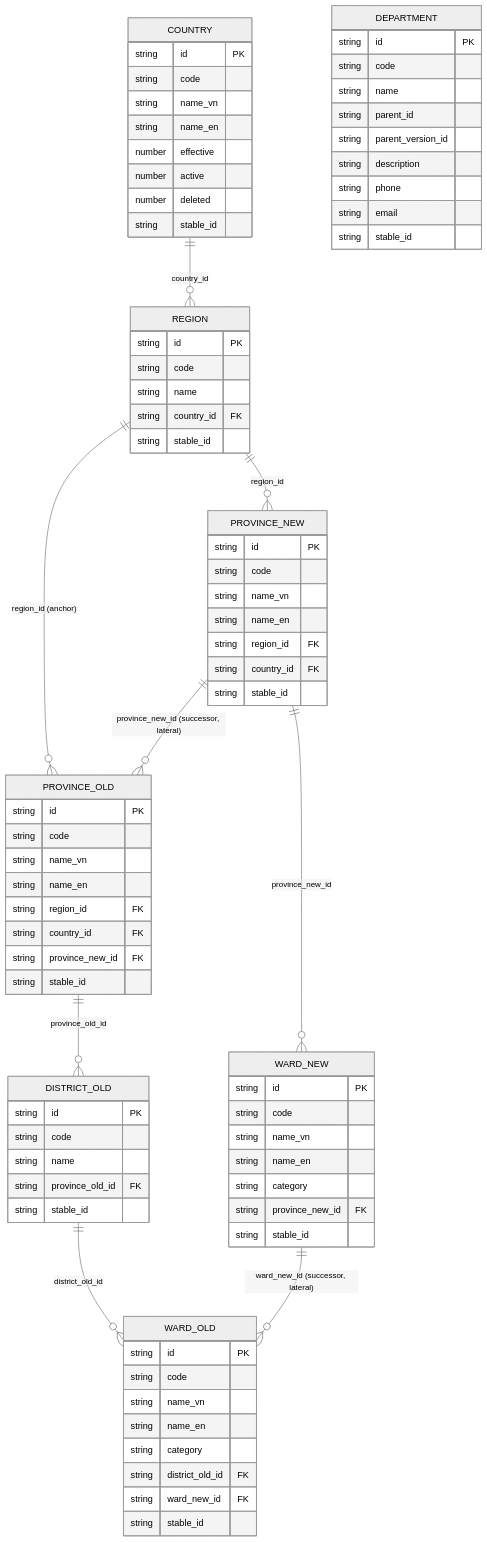
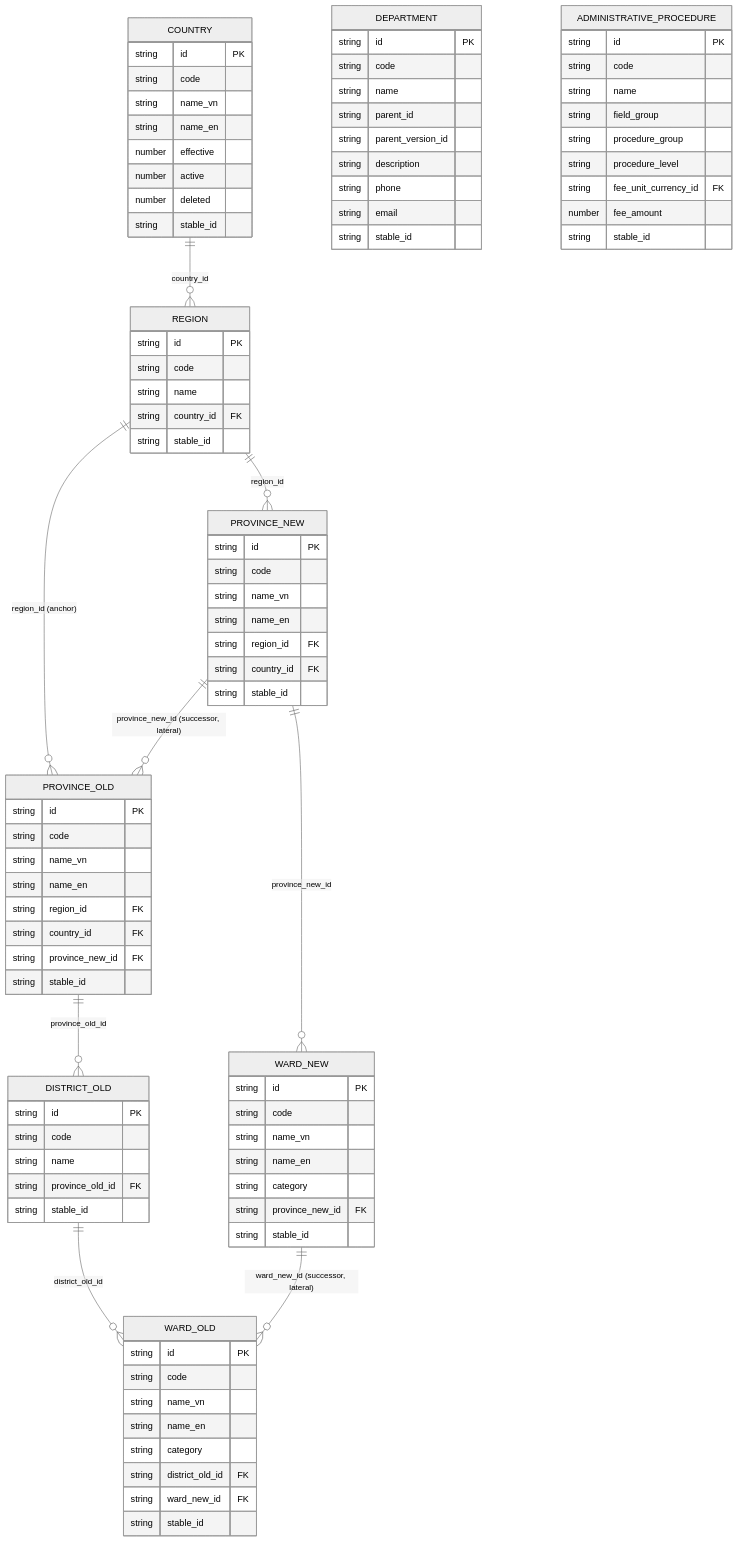
The first of 2 diagrams in DataModel/working/Atomic/hld/ECAT_HLD_Tier1.md (linhlvit/ubck_atomic_design), drawn with Mermaid (neutral theme) before and after one commit. The commit also changed other lines of this file and 12 other files, not shown here.

```diff
--- a/DataModel/working/Atomic/hld/ECAT_HLD_Tier1.md
+++ b/DataModel/working/Atomic/hld/ECAT_HLD_Tier1.md
@@ -108,6 +109,18 @@
         string stable_id
     }
 
+    ADMINISTRATIVE_PROCEDURE {
+        string id PK
+        string code
+        string name
+        string field_group
+        string procedure_group
+        string procedure_level
+        string fee_unit_currency_id FK
+        number fee_amount
+        string stable_id
+    }
+
     COUNTRY ||--o{ REGION : "country_id"
     REGION ||--o{ PROVINCE_NEW : "region_id"
     PROVINCE_NEW ||--o{ WARD_NEW : "province_new_id"
```
